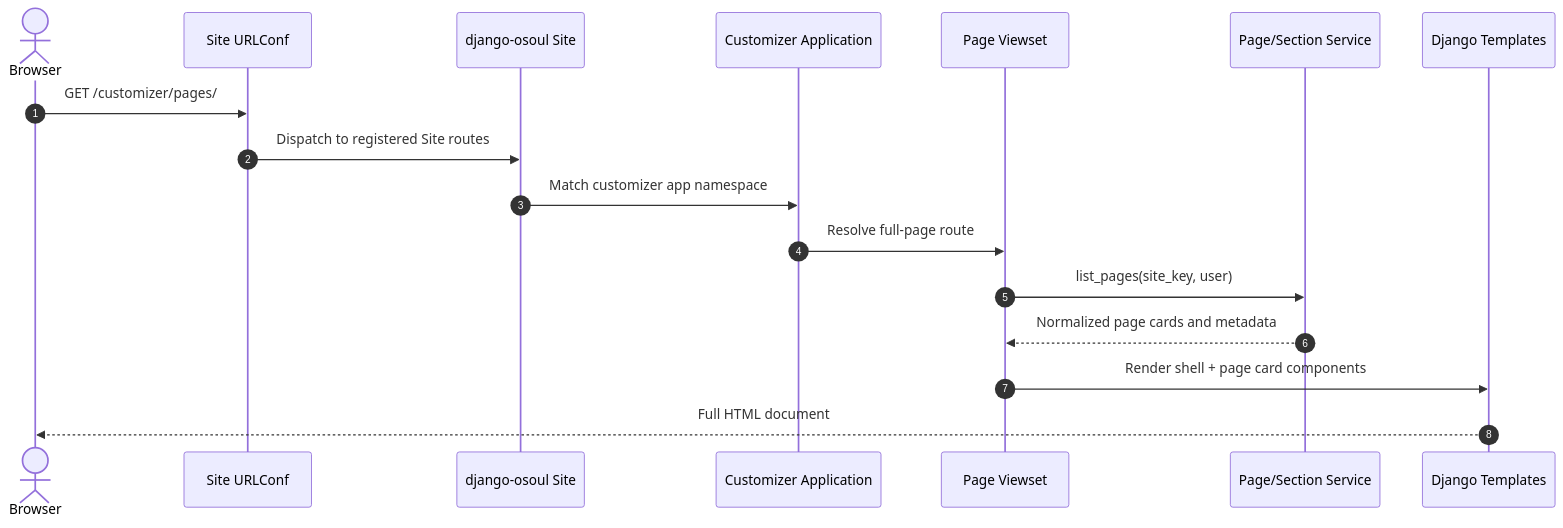
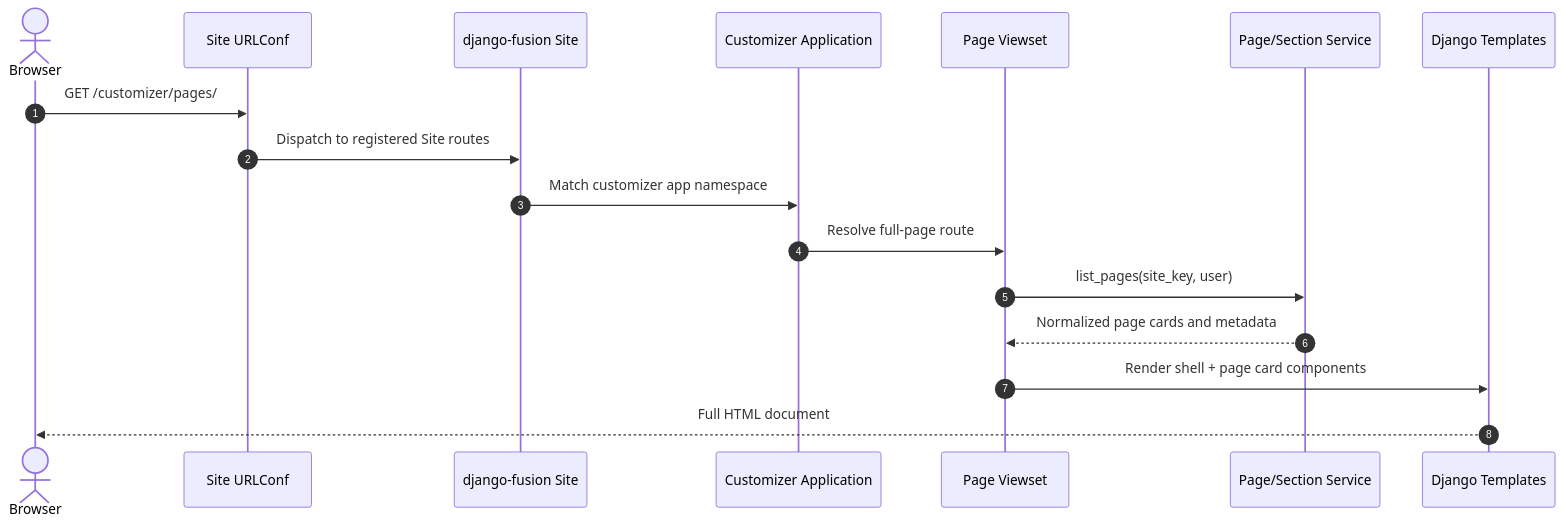
One commit to mammhoud/django-fusion changed the first of 3 diagrams in docs/customizer-django-osoul-components.md. Above: the diagram before and after it, drawn with Mermaid. The commit also changed other lines of this file and 1196 other files, not shown here.

Commit message:
chore: rename django-osoul to django-fusion throughout

````diff
--- a/docs/customizer-django-osoul-components.md
+++ b/docs/customizer-django-osoul-components.md
@@ -91,20 +91,20 @@
 ```mermaid
 sequenceDiagram
     autonumber
     actor Browser
     participant URLConf as Site URLConf
-    participant Site as django-osoul Site
+    participant Site as django-fusion Site
     participant App as Customizer Application
     participant Viewset as Page Viewset
     participant Service as Page/Section Service
     participant Templates as Django Templates
 
     Browser->>URLConf: GET /customizer/pages/
     URLConf->>Site: Dispatch to registered Site routes
     Site->>App: Match customizer app namespace
     App->>Viewset: Resolve full-page route
     Viewset->>Service: list_pages(site_key, user)
     Service-->>Viewset: Normalized page cards and metadata
     Viewset->>Templates: Render shell + page card components
     Templates-->>Browser: Full HTML document
 ```
````
